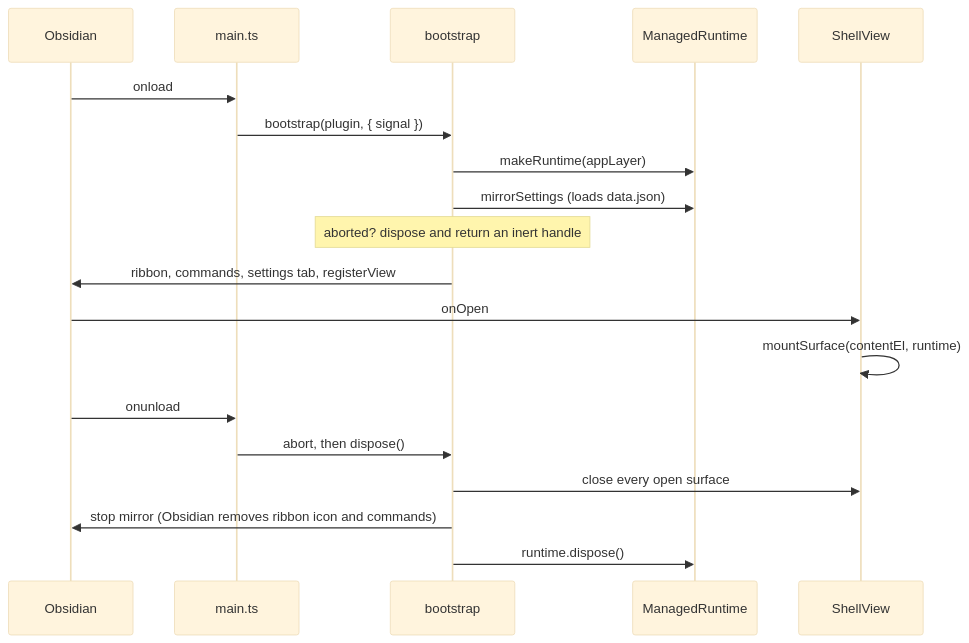
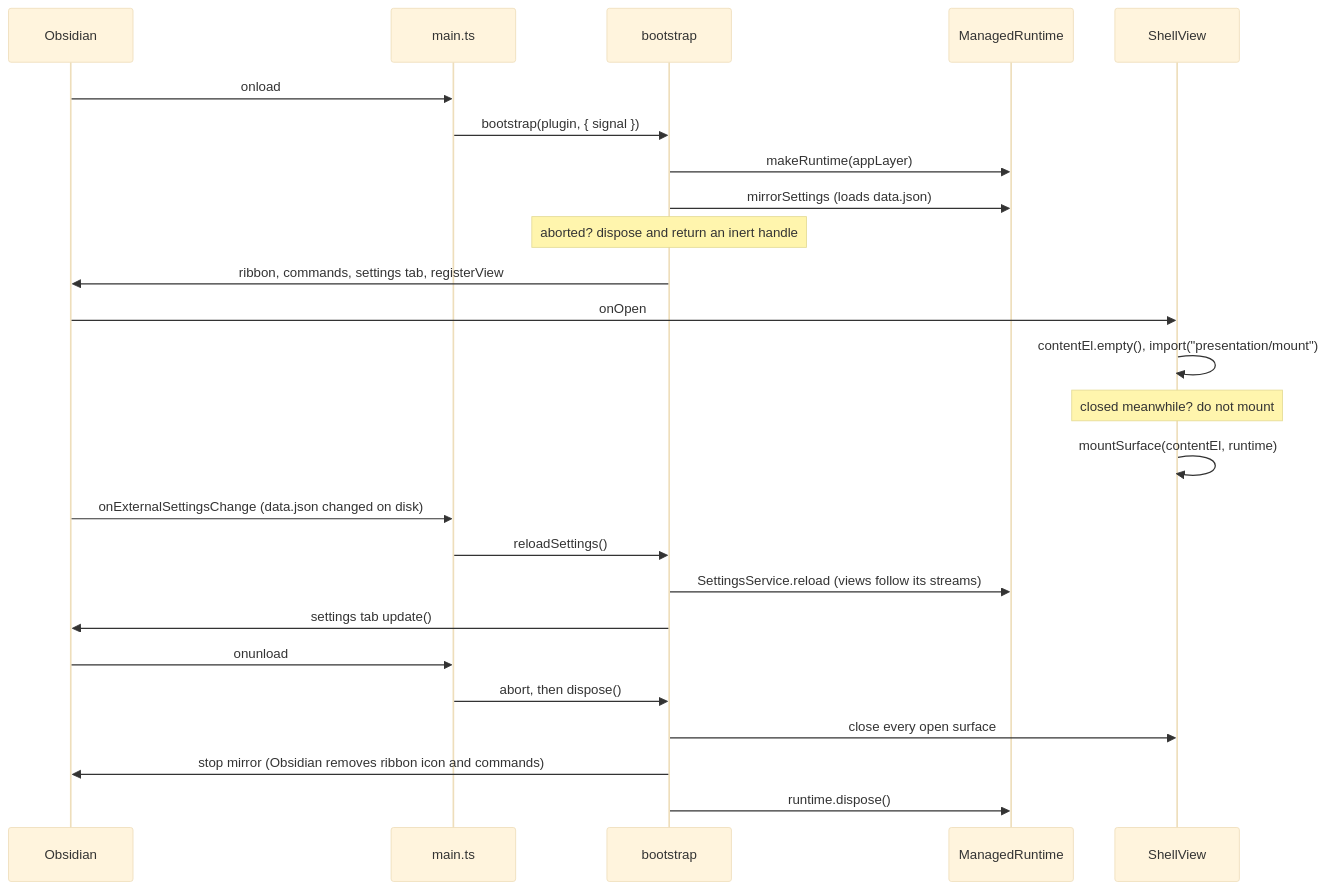
Before and after one commit to Luis85/weg-manager: the second of 2 diagrams in docs/engineering/architecture.md, drawn with Mermaid (base theme). The commit also changed other lines of this file, not shown here.

First line of the commit message:
docs: lazy presentation, synchronous listener cleanup and settings reload

````diff
--- a/docs/engineering/architecture.md
+++ b/docs/engineering/architecture.md
@@ -53,21 +54,27 @@
 ```mermaid
 sequenceDiagram
   participant O as Obsidian
   participant M as main.ts
   participant B as bootstrap
   participant R as ManagedRuntime
   participant V as ShellView
   O->>M: onload
   M->>B: bootstrap(plugin, { signal })
   B->>R: makeRuntime(appLayer)
   B->>R: mirrorSettings (loads data.json)
   Note over B: aborted? dispose and return an inert handle
   B->>O: ribbon, commands, settings tab, registerView
   O->>V: onOpen
+  V->>V: contentEl.empty(), import("presentation/mount")
+  Note over V: closed meanwhile? do not mount
   V->>V: mountSurface(contentEl, runtime)
+  O->>M: onExternalSettingsChange (data.json changed on disk)
+  M->>B: reloadSettings()
+  B->>R: SettingsService.reload (views follow its streams)
+  B->>O: settings tab update()
   O->>M: onunload
   M->>B: abort, then dispose()
   B->>V: close every open surface
   B->>O: stop mirror (Obsidian removes ribbon icon and commands)
   B->>R: runtime.dispose()
 ```
````
